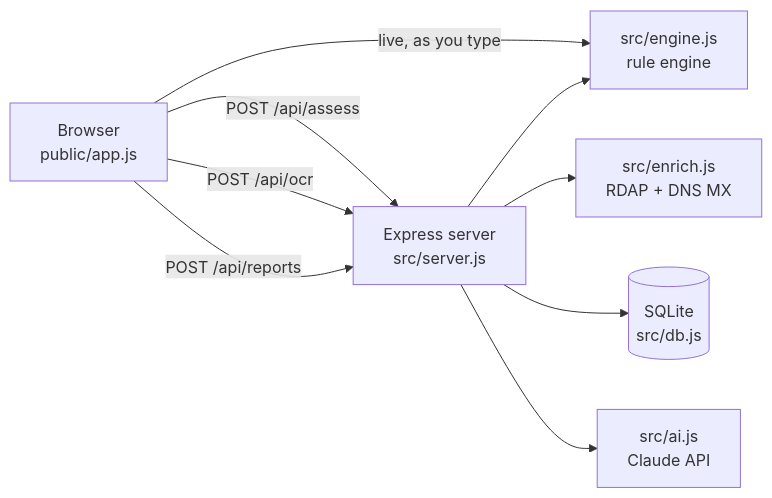
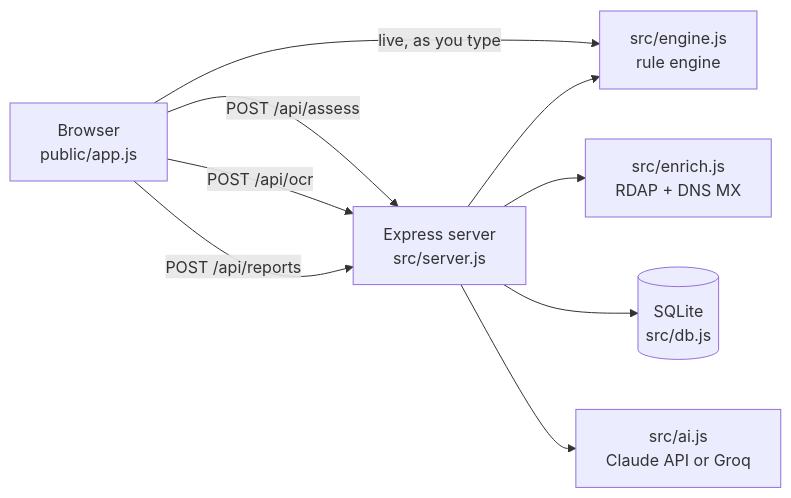
One commit to aishwaryakg2415/offer-lens changed the diagram in README.md. Above: the diagram before and after it, drawn with Mermaid. The commit also changed other lines of this file and 7 other files, not shown here.

````diff
--- a/README.md
+++ b/README.md
@@ -53,11 +53,11 @@
 ```mermaid
 flowchart LR
   B[Browser<br/>public/app.js] -- live, as you type --> E[src/engine.js<br/>rule engine]
   B -- POST /api/assess --> S[Express server<br/>src/server.js]
   S --> E
   S --> P[src/enrich.js<br/>RDAP + DNS MX]
   S --> D[(SQLite<br/>src/db.js)]
-  S --> C[src/ai.js<br/>Claude API]
+  S --> C[src/ai.js<br/>Claude API or Groq]
   B -- POST /api/ocr --> S
   B -- POST /api/reports --> S
 ```
````
